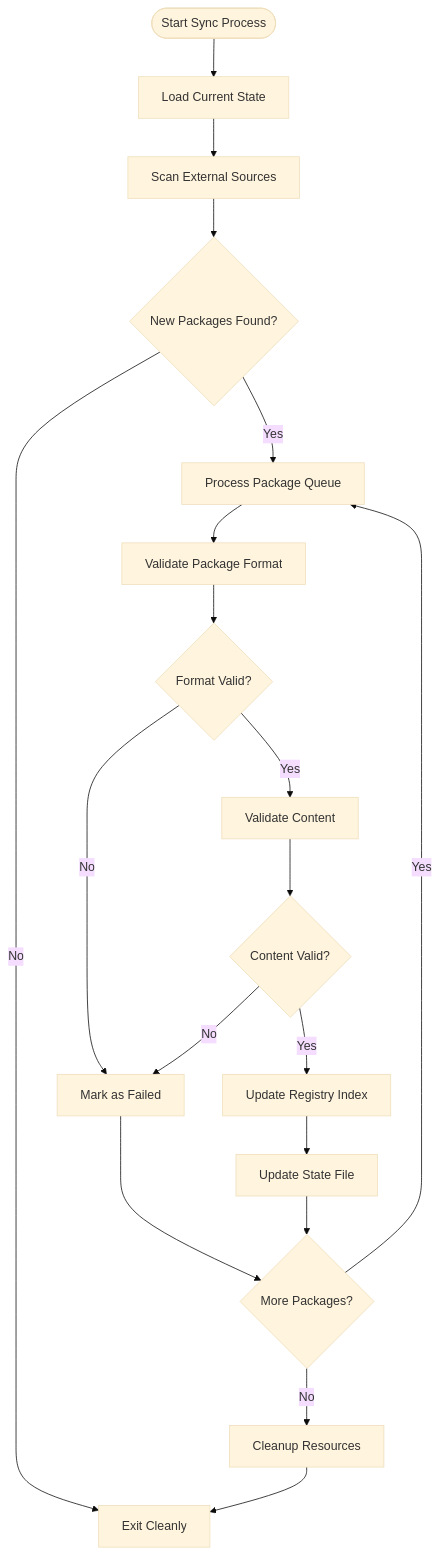
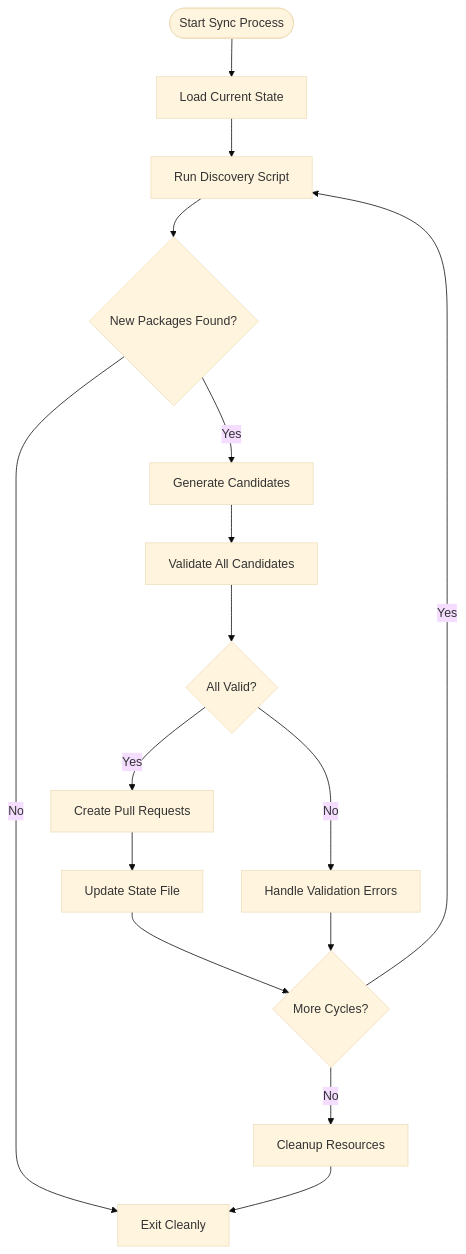
Before and after one commit to tonythethompson/numan-registry: the third of 5 diagrams in .qoder/repowiki/en/content/Registry Operations/Intake Candidates.md, drawn with Mermaid (base theme). The commit also changed other lines of this file and 37 other files, not shown here.

Commit message:
Add CLAUDE.md, expand backlog schema, update docs

````diff
--- a/.qoder/repowiki/en/content/Registry Operations/Intake Candidates.md
+++ b/.qoder/repowiki/en/content/Registry Operations/Intake Candidates.md
@@ -156,23 +274,18 @@
 ```mermaid
-
 flowchart TD
 Start([Start Sync Process]) --> LoadState["Load Current State"]
-LoadState --> ScanSources["Scan External Sources"]
-ScanSources --> FoundNew{"New Packages Found?"}
-FoundNew --> |No| ExitClean["Exit Cleanly"]
-FoundNew --> |Yes| ProcessQueue["Process Package Queue"]
-ProcessQueue --> ValidateFormat["Validate Package Format"]
-ValidateFormat --> FormatValid{"Format Valid?"}
-FormatValid --> |No| MarkFailed["Mark as Failed"]
-FormatValid --> |Yes| ValidateContent["Validate Content"]
-ValidateContent --> ContentValid{"Content Valid?"}
-ContentValid --> |No| MarkFailed
-ContentValid --> |Yes| UpdateRegistry["Update Registry Index"]
-UpdateRegistry --> UpdateState["Update State File"]
-UpdateState --> NextPackage{"More Packages?"}
-NextPackage --> |Yes| ProcessQueue
-NextPackage --> |No| Cleanup["Cleanup Resources"]
+LoadState --> RunDiscovery["Run Discovery Script"]
+RunDiscovery --> DiscoveryComplete{"New Packages Found?"}
+DiscoveryComplete --> |No| ExitClean["Exit Cleanly"]
+DiscoveryComplete --> |Yes| GenerateCandidates["Generate Candidates"]
+GenerateCandidates --> ValidateAll["Validate All Candidates"]
+ValidateAll --> ValidationResults{"All Valid?"}
+ValidationResults --> |No| HandleErrors["Handle Validation Errors"]
+ValidationResults --> |Yes| CreatePRs["Create Pull Requests"]
+CreatePRs --> UpdateState["Update State File"]
+UpdateState --> NextCycle{"More Cycles?"}
+NextCycle --> |Yes| RunDiscovery
+NextCycle --> |No| Cleanup["Cleanup Resources"]
 Cleanup --> ExitClean
-MarkFailed --> NextPackage
-
+HandleErrors --> NextCycle
 ```
````
